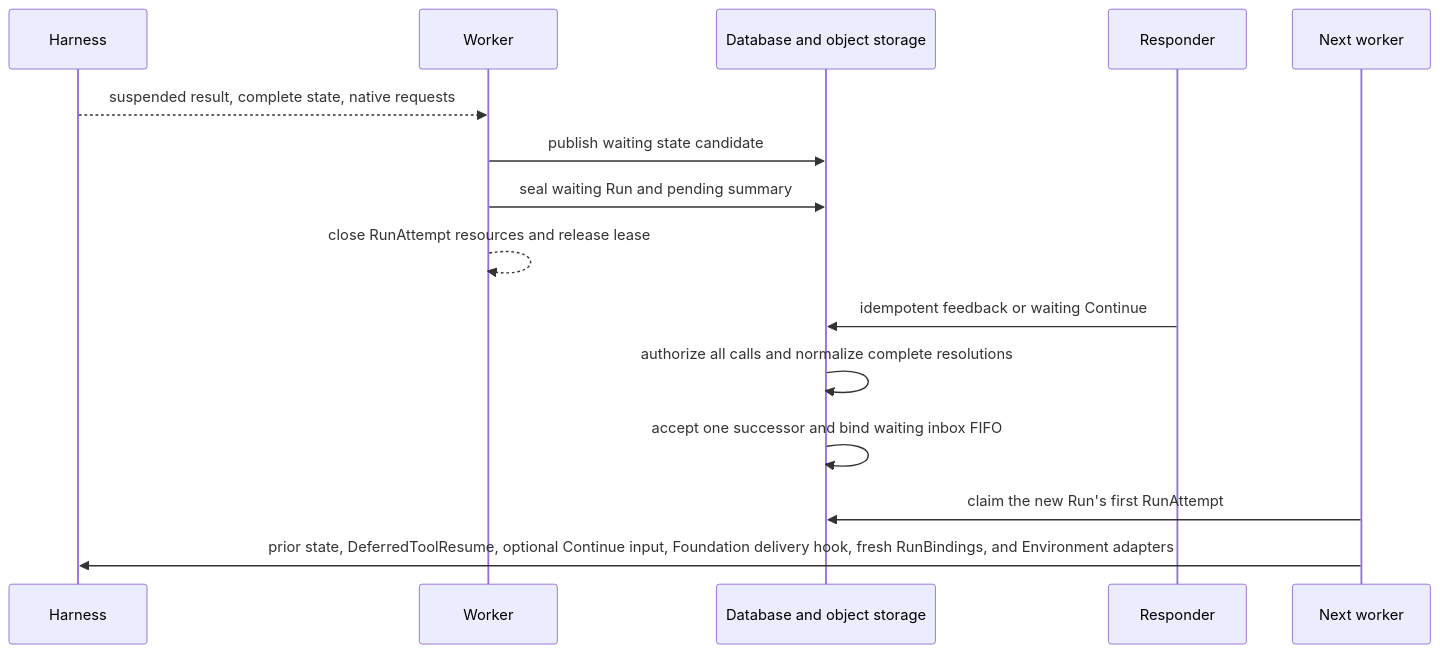
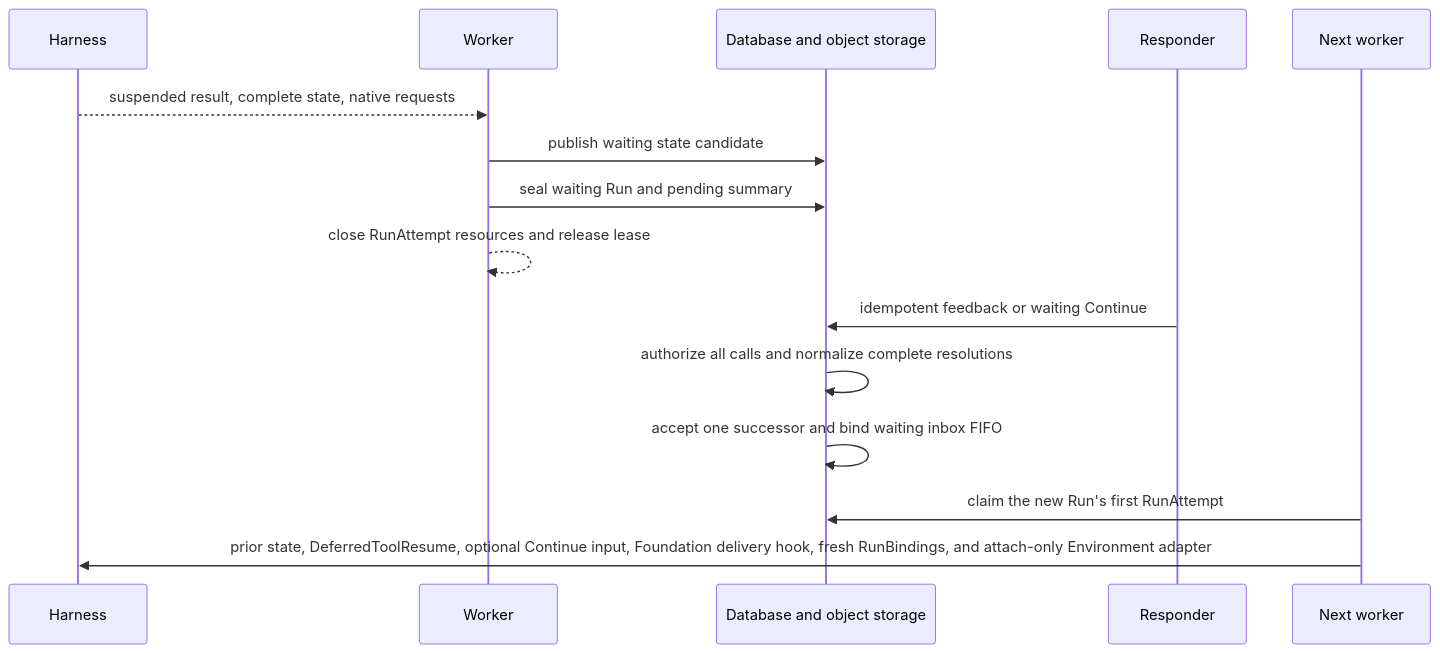
One commit to LTThreeComma/agent-foundation changed the second of 2 diagrams in spec/foundation-service/18-agent-control-input-and-continuation.md. Above: the diagram before and after it, drawn with Mermaid. The commit also changed other lines of this file and 21 other files, not shown here.

First line of the commit message:
docs(foundation): define attempt execution and environment bindings (#131)

````diff
--- a/spec/foundation-service/18-agent-control-input-and-continuation.md
+++ b/spec/foundation-service/18-agent-control-input-and-continuation.md
@@ -340,18 +340,18 @@
 ```mermaid
 sequenceDiagram
     participant Harness
     participant Worker
     participant Durable as Database and object storage
     participant Responder
     participant NextWorker as Next worker
 
     Harness-->>Worker: suspended result, complete state, native requests
     Worker->>Durable: publish waiting state candidate
     Worker->>Durable: seal waiting Run and pending summary
     Worker-->>Worker: close RunAttempt resources and release lease
     Responder->>Durable: idempotent feedback or waiting Continue
     Durable->>Durable: authorize all calls and normalize complete resolutions
     Durable->>Durable: accept one successor and bind waiting inbox FIFO
     NextWorker->>Durable: claim the new Run's first RunAttempt
-    NextWorker->>Harness: prior state, DeferredToolResume, optional Continue input, Foundation delivery hook, fresh RunBindings, and Environment adapters
+    NextWorker->>Harness: prior state, DeferredToolResume, optional Continue input, Foundation delivery hook, fresh RunBindings, and attach-only Environment adapter
 ```
````
